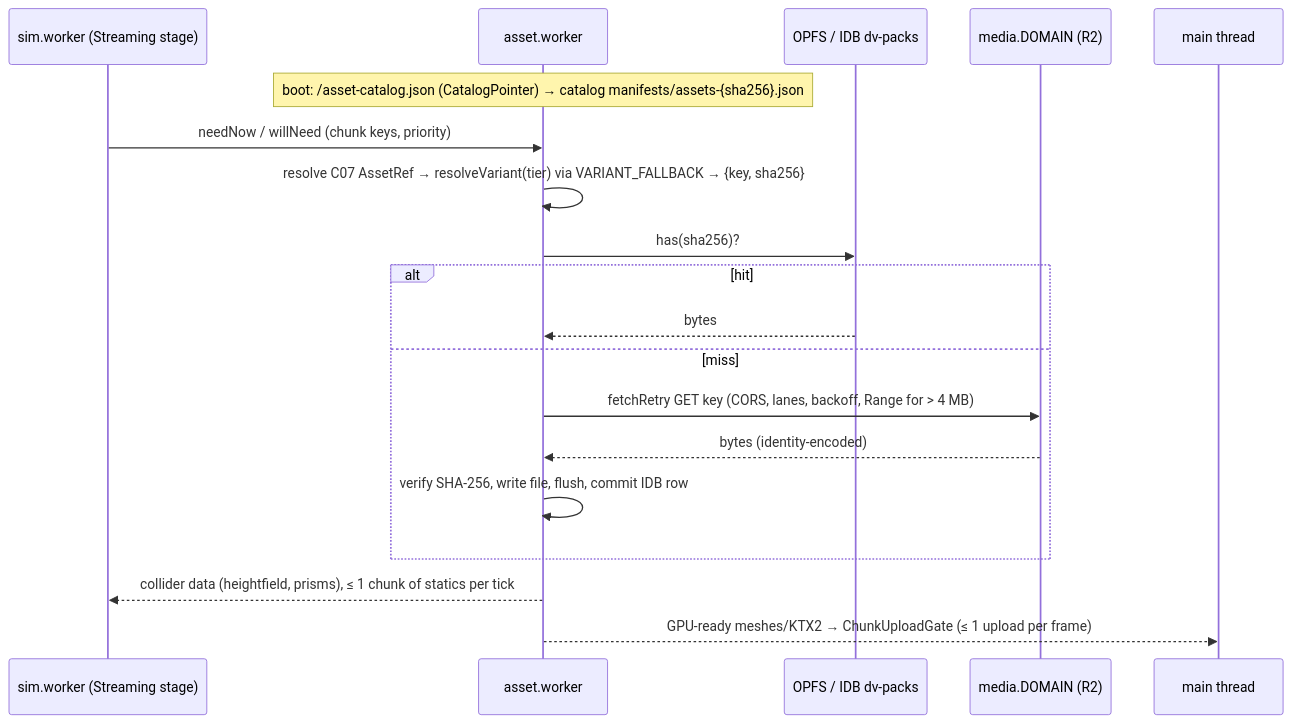
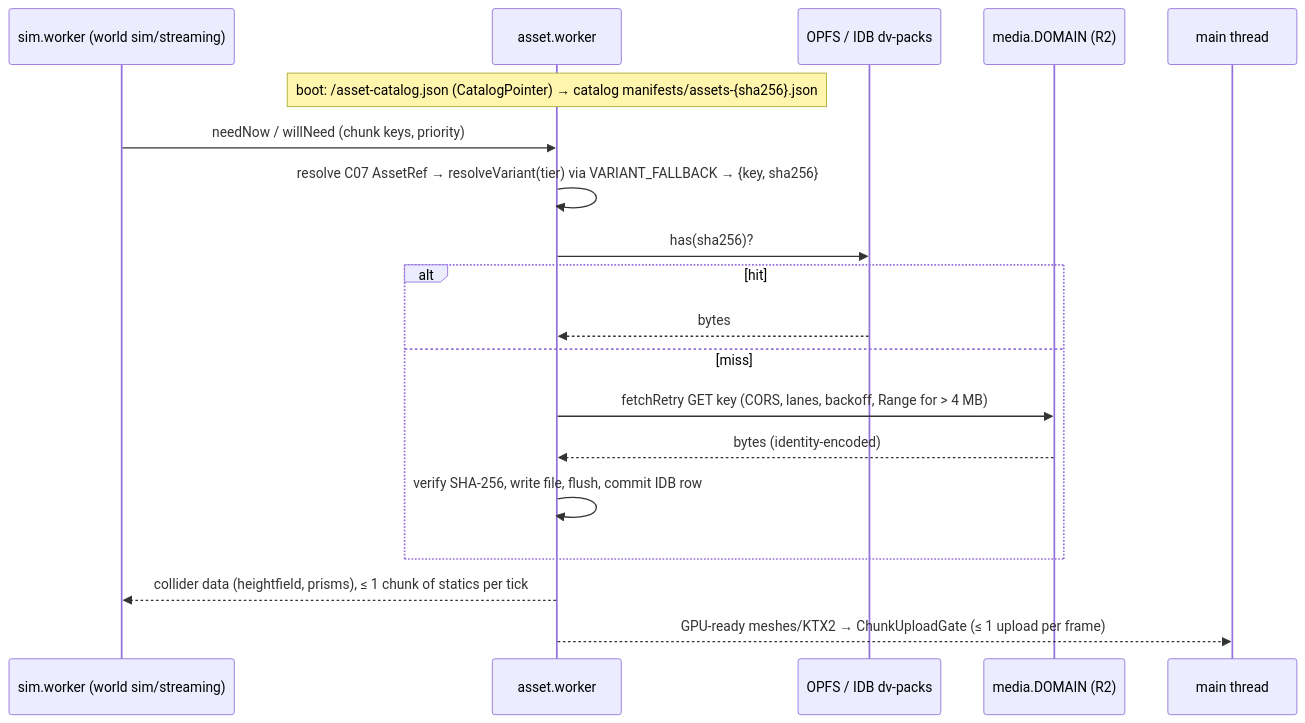
One commit to gratitude5dee/GTA-Tha-Bay changed the third of 8 diagrams in spec/02-architecture.md. Above: the diagram before and after it, drawn with Mermaid. The commit also changed other lines of this file and 24 other files, not shown here.

````diff
--- a/spec/02-architecture.md
+++ b/spec/02-architecture.md
@@ -203,21 +234,21 @@
 ```mermaid
 sequenceDiagram
-  participant S as sim.worker (Streaming stage)
+  participant S as sim.worker (world sim/streaming)
   participant A as asset.worker
   participant O as OPFS / IDB dv-packs
   participant R as media.DOMAIN (R2)
   participant M as main thread
   Note over A: boot: /asset-catalog.json (CatalogPointer) → catalog manifests/assets-{sha256}.json
   S->>A: needNow / willNeed (chunk keys, priority)
   A->>A: resolve C07 AssetRef → resolveVariant(tier) via VARIANT_FALLBACK → {key, sha256}
   A->>O: has(sha256)?
   alt hit
     O-->>A: bytes
   else miss
     A->>R: fetchRetry GET key (CORS, lanes, backoff, Range for > 4 MB)
     R-->>A: bytes (identity-encoded)
     A->>A: verify SHA-256, write file, flush, commit IDB row
   end
   A-->>S: collider data (heightfield, prisms), ≤ 1 chunk of statics per tick
   A-->>M: GPU-ready meshes/KTX2 → ChunkUploadGate (≤ 1 upload per frame)
 ```
````
